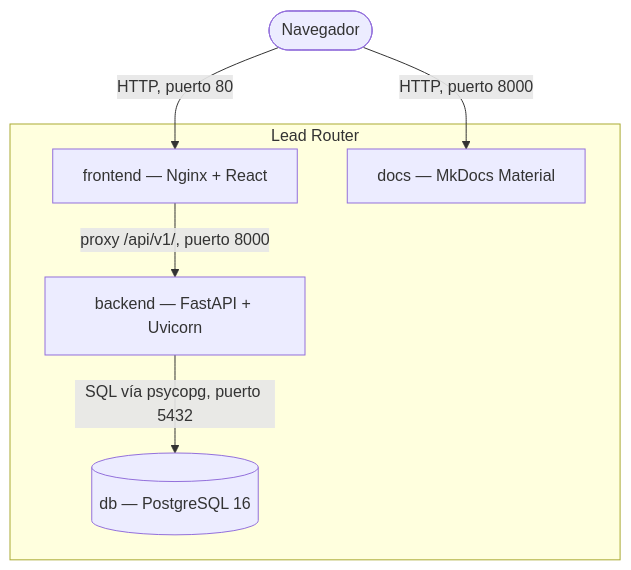
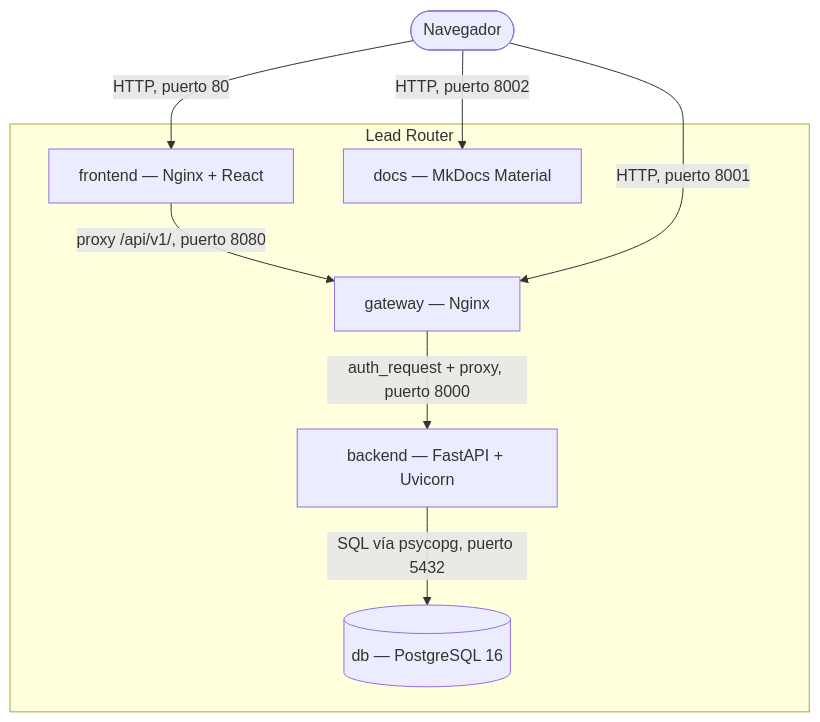
One commit to MDCIrony/leads-hexa changed the diagram in docs/content/arquitectura/c4-contenedores.md. Above: the diagram before and after it, drawn with Mermaid. The commit also changed other lines of this file and 11 other files, not shown here.

````diff
--- a/docs/content/arquitectura/c4-contenedores.md
+++ b/docs/content/arquitectura/c4-contenedores.md
@@ -19,16 +20,19 @@
 ```mermaid
 flowchart TD
     BROWSER(["Navegador"])
 
     subgraph SISTEMA["Lead Router"]
         FRONTEND["frontend — Nginx + React"]
+        GATEWAY["gateway — Nginx"]
         BACKEND["backend — FastAPI + Uvicorn"]
         DB[("db — PostgreSQL 16")]
         DOCS["docs — MkDocs Material"]
     end
 
     BROWSER -->|"HTTP, puerto 80"| FRONTEND
-    FRONTEND -->|"proxy /api/v1/, puerto 8000"| BACKEND
+    FRONTEND -->|"proxy /api/v1/, puerto 8080"| GATEWAY
+    BROWSER -->|"HTTP, puerto 8001"| GATEWAY
+    GATEWAY -->|"auth_request + proxy, puerto 8000"| BACKEND
     BACKEND -->|"SQL vía psycopg, puerto 5432"| DB
-    BROWSER -->|"HTTP, puerto 8000"| DOCS
+    BROWSER -->|"HTTP, puerto 8002"| DOCS
 ```
````
